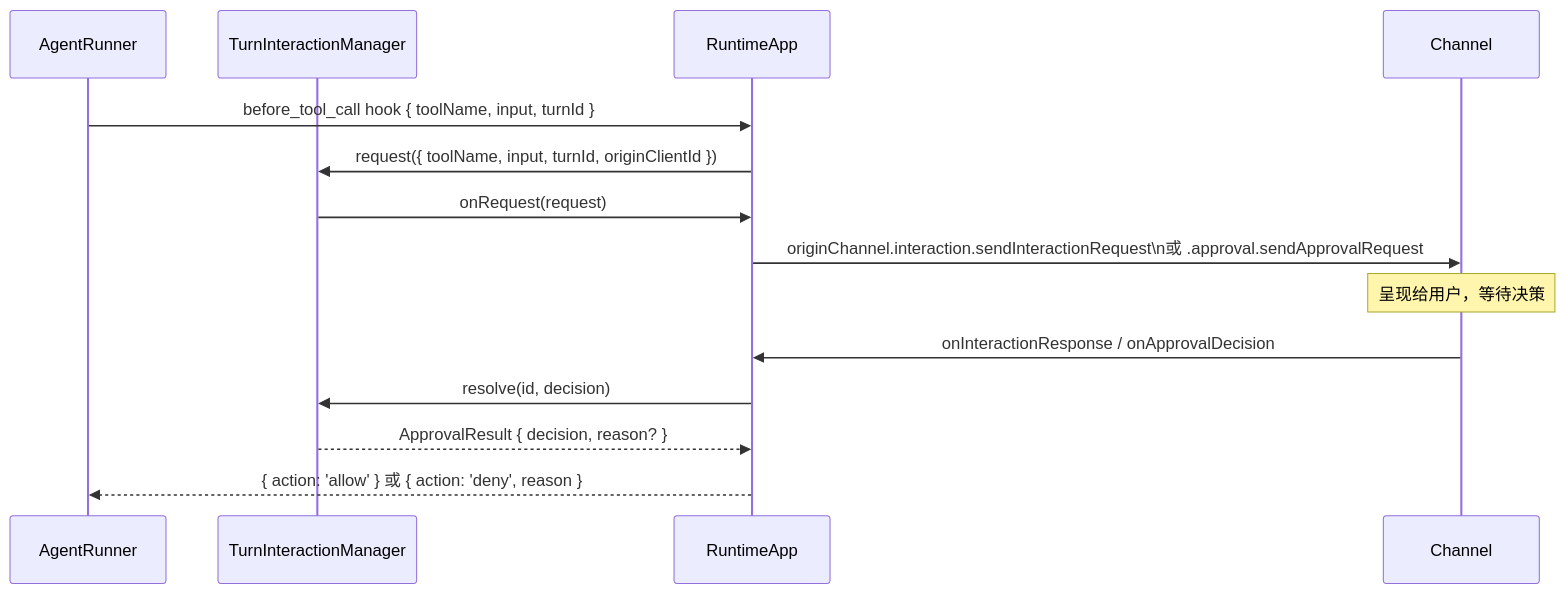
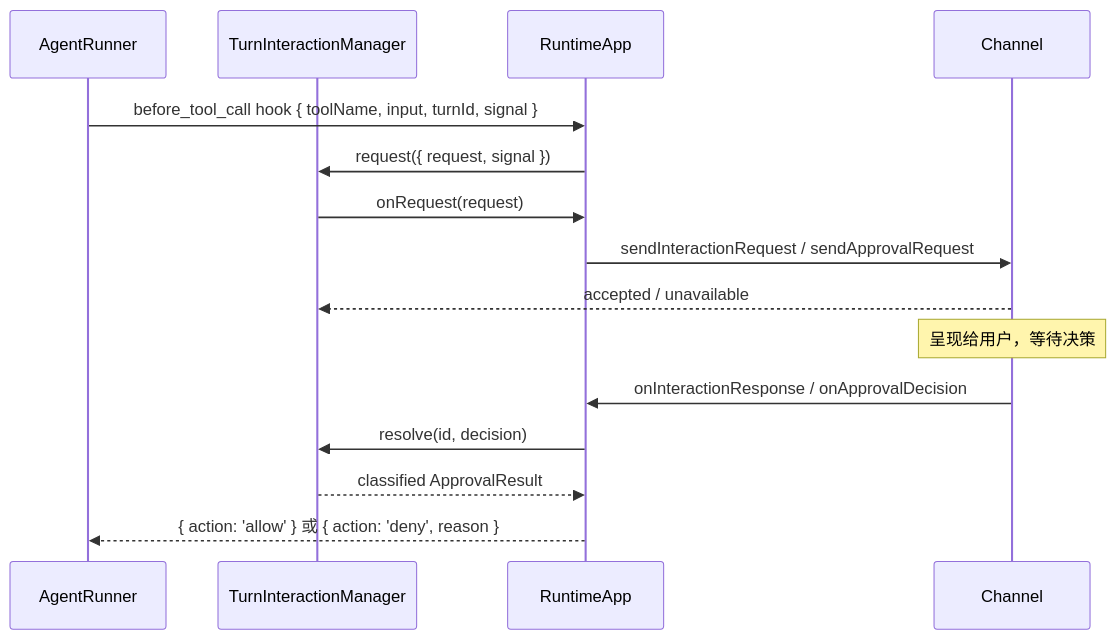
One commit to luciferwww/my-agent changed the diagram in docs/architecture/current/adapter_channel.md. Above: the diagram before and after it, drawn with Mermaid. The commit also changed other lines of this file and 9 other files, not shown here.

Commit message:
docs: record architecture decisions and approval lifecycle

````diff
--- a/docs/architecture/current/adapter_channel.md
+++ b/docs/architecture/current/adapter_channel.md
@@ -98,17 +98,18 @@
 ```mermaid
 sequenceDiagram
     participant RUNNER as AgentRunner
     participant TIM as TurnInteractionManager
     participant RT as RuntimeApp
     participant CH as Channel
 
-    RUNNER->>RT: before_tool_call hook { toolName, input, turnId }
-    RT->>TIM: request({ toolName, input, turnId, originClientId })
+    RUNNER->>RT: before_tool_call hook { toolName, input, turnId, signal }
+    RT->>TIM: request({ request, signal })
     TIM->>RT: onRequest(request)
-    RT->>CH: originChannel.interaction.sendInteractionRequest\n或 .approval.sendApprovalRequest
+    RT->>CH: sendInteractionRequest / sendApprovalRequest
+    CH-->>TIM: accepted / unavailable
     note over CH: 呈现给用户，等待决策
     CH->>RT: onInteractionResponse / onApprovalDecision
     RT->>TIM: resolve(id, decision)
-    TIM-->>RT: ApprovalResult { decision, reason? }
+    TIM-->>RT: classified ApprovalResult
     RT-->>RUNNER: { action: 'allow' } 或 { action: 'deny', reason }
 ```
````
